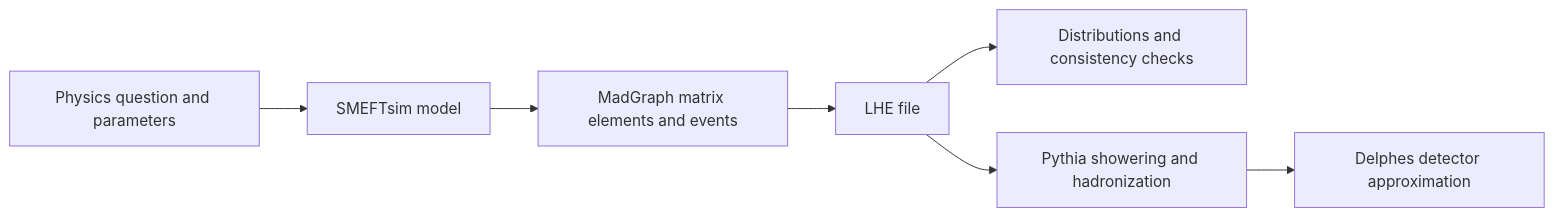
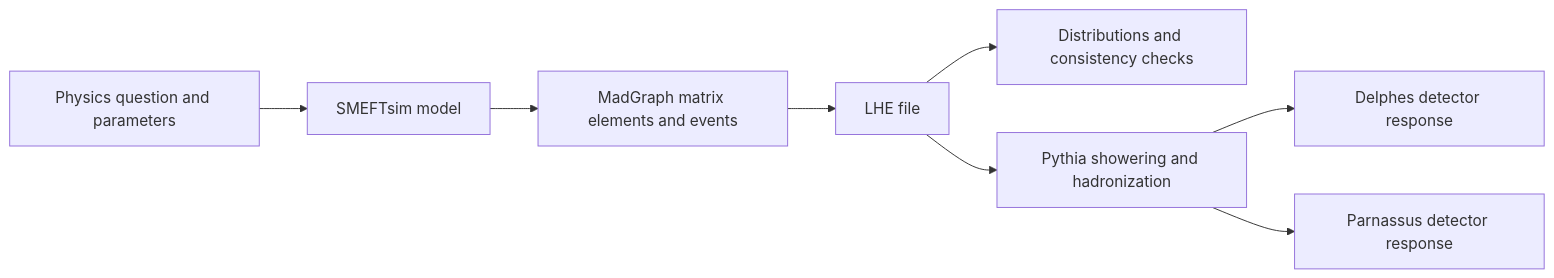
One commit to RuneTan/smeftsim-to-detector-tutorial changed the first of 2 diagrams in docs/model/README.md. Above: the diagram before and after it, drawn with Mermaid. The commit also changed other lines of this file and 13 other files, not shown here.

````diff
--- a/docs/model/README.md
+++ b/docs/model/README.md
@@ -22,9 +20,10 @@
 ```mermaid
 flowchart LR
     A[Physics question and parameters] --> B[SMEFTsim model]
     B --> C[MadGraph matrix elements and events]
     C --> D[LHE file]
     D --> E[Distributions and consistency checks]
     D --> F[Pythia showering and hadronization]
-    F --> G[Delphes detector approximation]
+    F --> G[Delphes detector response]
+    F --> H[Parnassus detector response]
 ```
````
